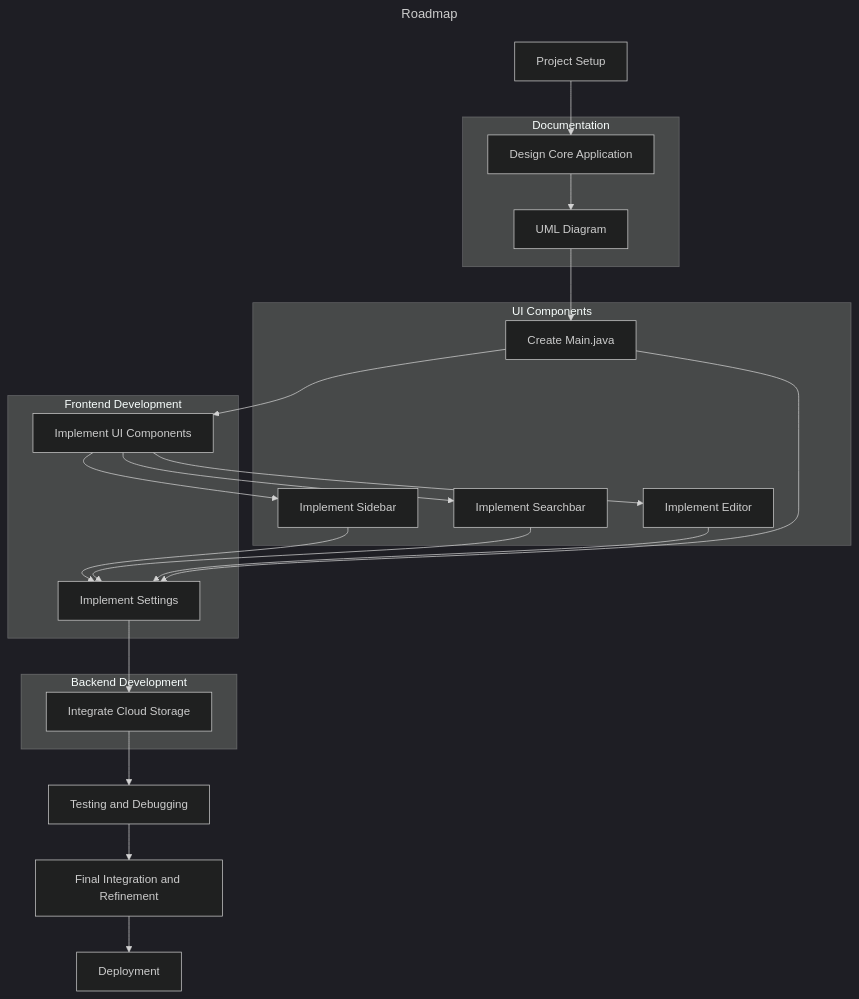
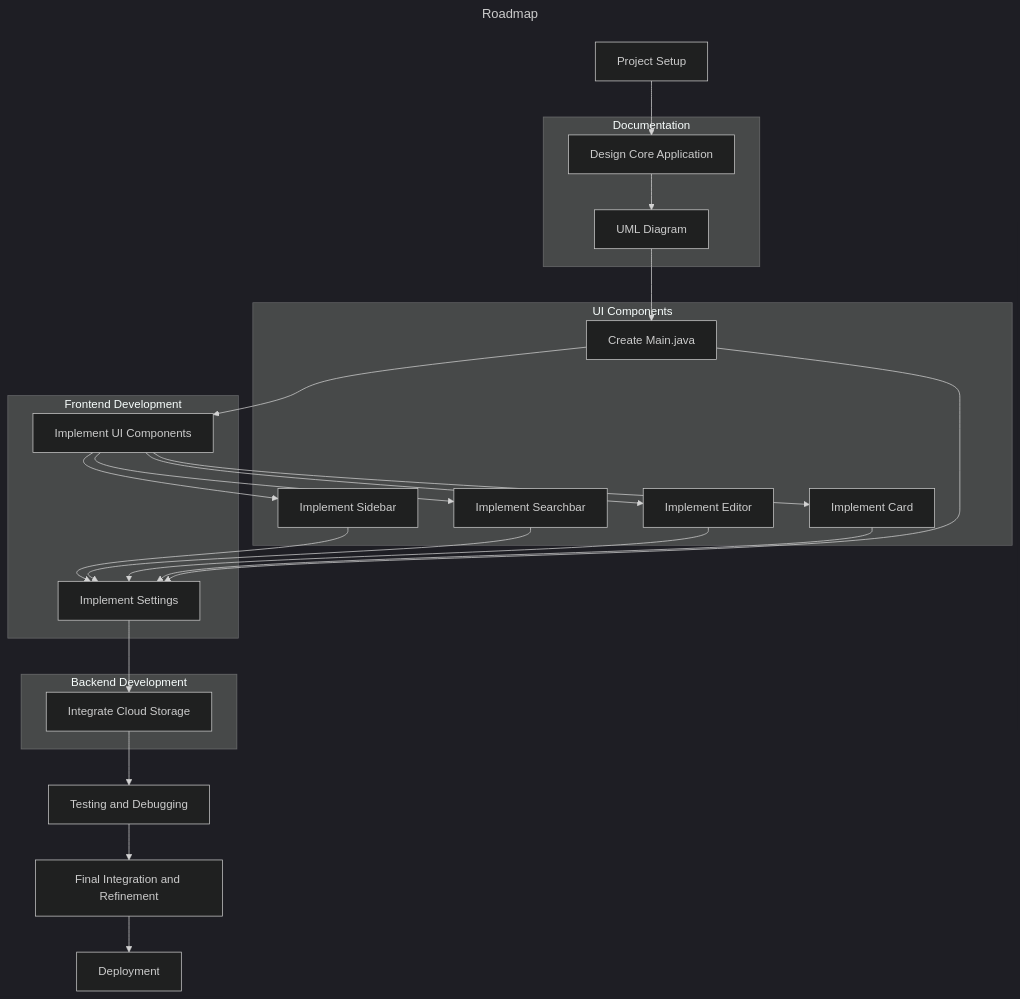
Before and after one commit to ambrocioreg/2425-2nd-cc3-1b-project-RAM: the diagram in AmorNotes/wiki/Roadmap.md, drawn with Mermaid (dark theme).

Commit message:
Update Roadmap

````diff
--- a/AmorNotes/wiki/Roadmap.md
+++ b/AmorNotes/wiki/Roadmap.md
@@ -1,52 +1,55 @@
 ``` mermaid
 ---
 title: Roadmap
 ---
 flowchart
     %% Documentation
     A[Project Setup] --> C[Design Core Application]
     C --> C1[UML Diagram]
 
     %% UI Development
     C1 --> M[Create Main.java]
     M --> D[Implement UI Components]
     D --> E1[Implement Sidebar]
     D --> E2[Implement Searchbar]
     D --> E3[Implement Editor]
+    D --> E4[Implement Card]
 
     %% Frontend Development
     E1 --> F[Implement Settings]
     E2 --> F
     E3 --> F
+    E4 --> F
     M --> F
 
     %% Backend Development
     F --> G[Integrate Cloud Storage]
 
     %% Integration and Testing
     G --> H[Testing and Debugging]
     H --> I[Final Integration and Refinement]
     I --> J[Deployment]
 
     %% Grouping
     subgraph Documentation [Documentation]
         C
         C1
     end
 
     subgraph UI [UI Components]
         M
         E1
         E2
         E3
+        E4
     end
 
     subgraph Frontend [Frontend Development]
         D
         F
     end
 
     subgraph Backend [Backend Development]
         G
     end
 ```
````
